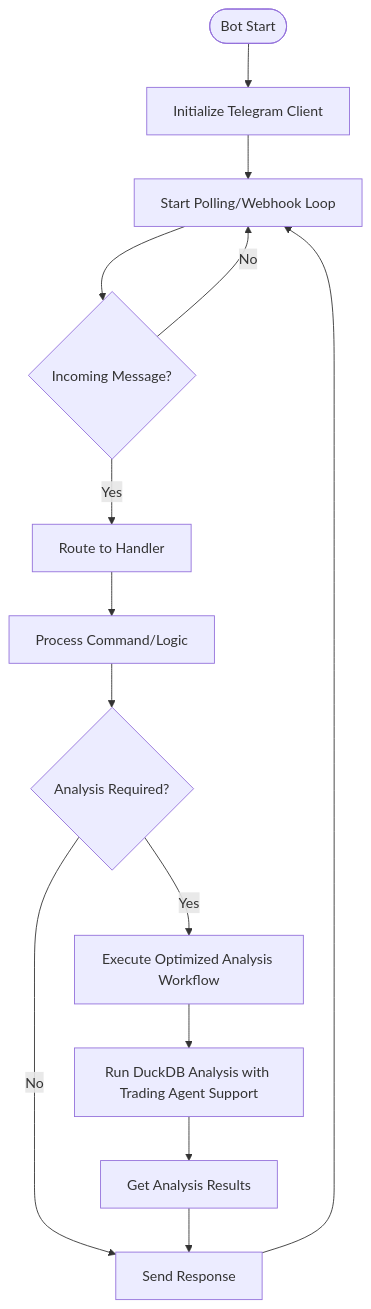
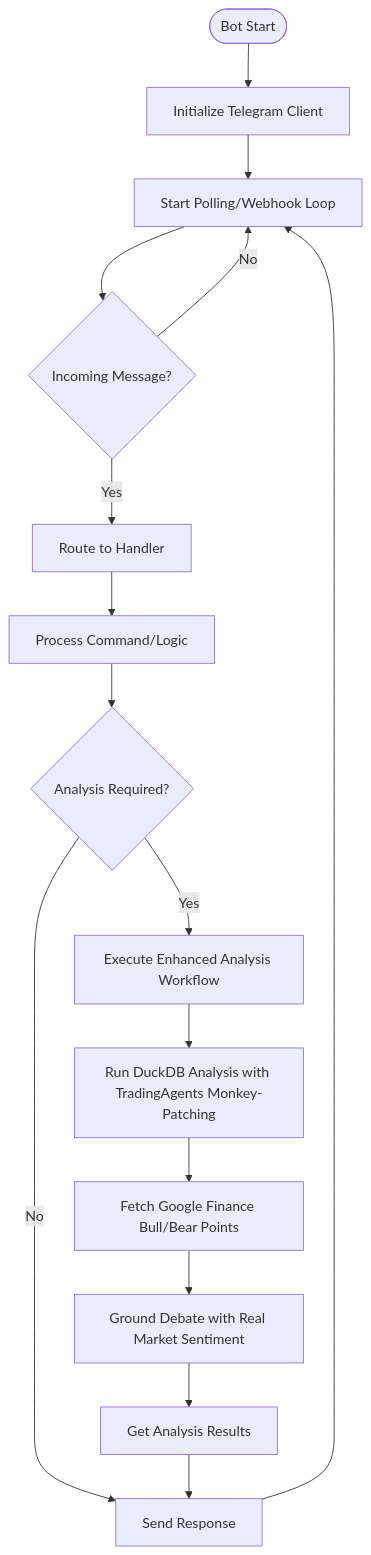
The third of 13 diagrams in .qoder/repowiki/en/content/Core Components/Analysis Framework.md (ZengSeng/telegram-bot), drawn with Mermaid before and after one commit. The commit also changed other lines of this file and 22 other files, not shown here.

````diff
--- a/.qoder/repowiki/en/content/Core Components/Analysis Framework.md
+++ b/.qoder/repowiki/en/content/Core Components/Analysis Framework.md
@@ -226,16 +243,18 @@
 ```mermaid
 flowchart TD
 Start(["Bot Start"]) --> Init["Initialize Telegram Client"]
 Init --> Poll["Start Polling/Webhook Loop"]
 Poll --> OnMessage{"Incoming Message?"}
 OnMessage --> |Yes| Route["Route to Handler"]
 Route --> Process["Process Command/Logic"]
 Process --> CheckAnalysis{"Analysis Required?"}
-CheckAnalysis --> |Yes| ExecuteAnalysis["Execute Optimized Analysis Workflow"]
+CheckAnalysis --> |Yes| ExecuteAnalysis["Execute Enhanced Analysis Workflow"]
 CheckAnalysis --> |No| Reply["Send Response"]
-ExecuteAnalysis --> Analyze["Run DuckDB Analysis with Trading Agent Support"]
-Analyze --> GetResults["Get Analysis Results"]
+ExecuteAnalysis --> Analyze["Run DuckDB Analysis with TradingAgents Monkey-Patching"]
+Analyze --> GetGFData["Fetch Google Finance Bull/Bear Points"]
+GetGFData --> GroundDebate["Ground Debate with Real Market Sentiment"]
+GroundDebate --> GetResults["Get Analysis Results"]
 GetResults --> Reply["Send Response"]
 Reply --> Poll
 OnMessage --> |No| Poll
 ```
````
